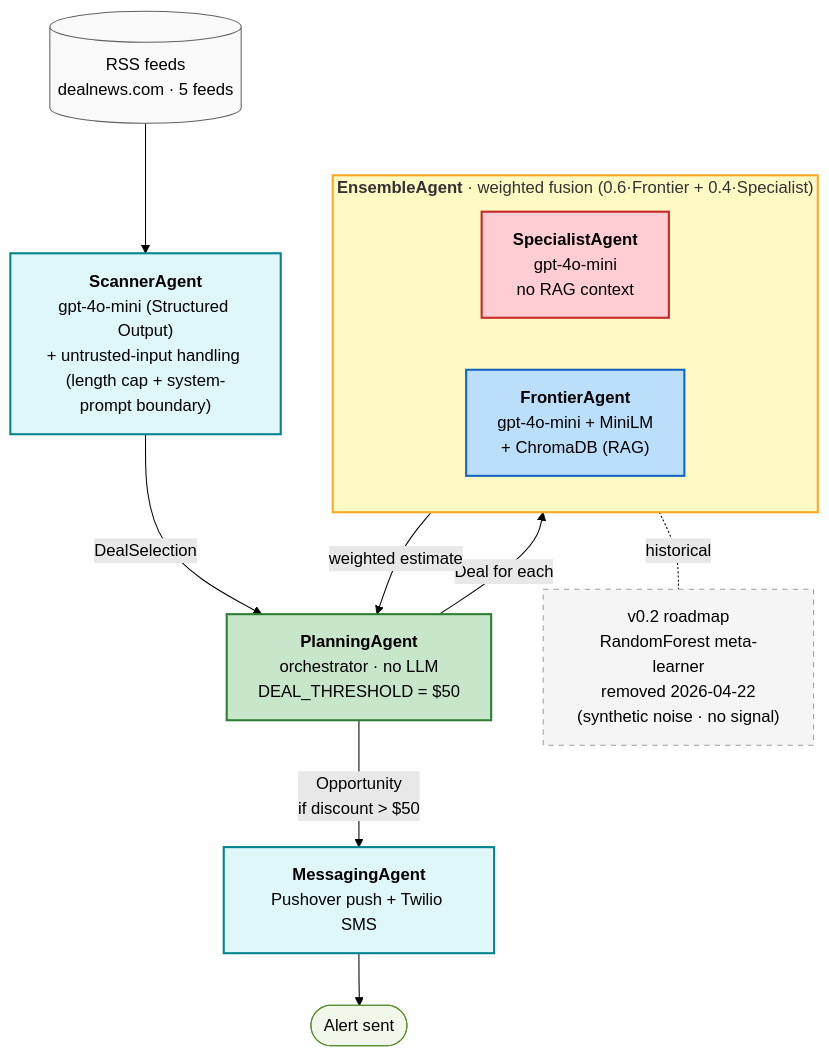
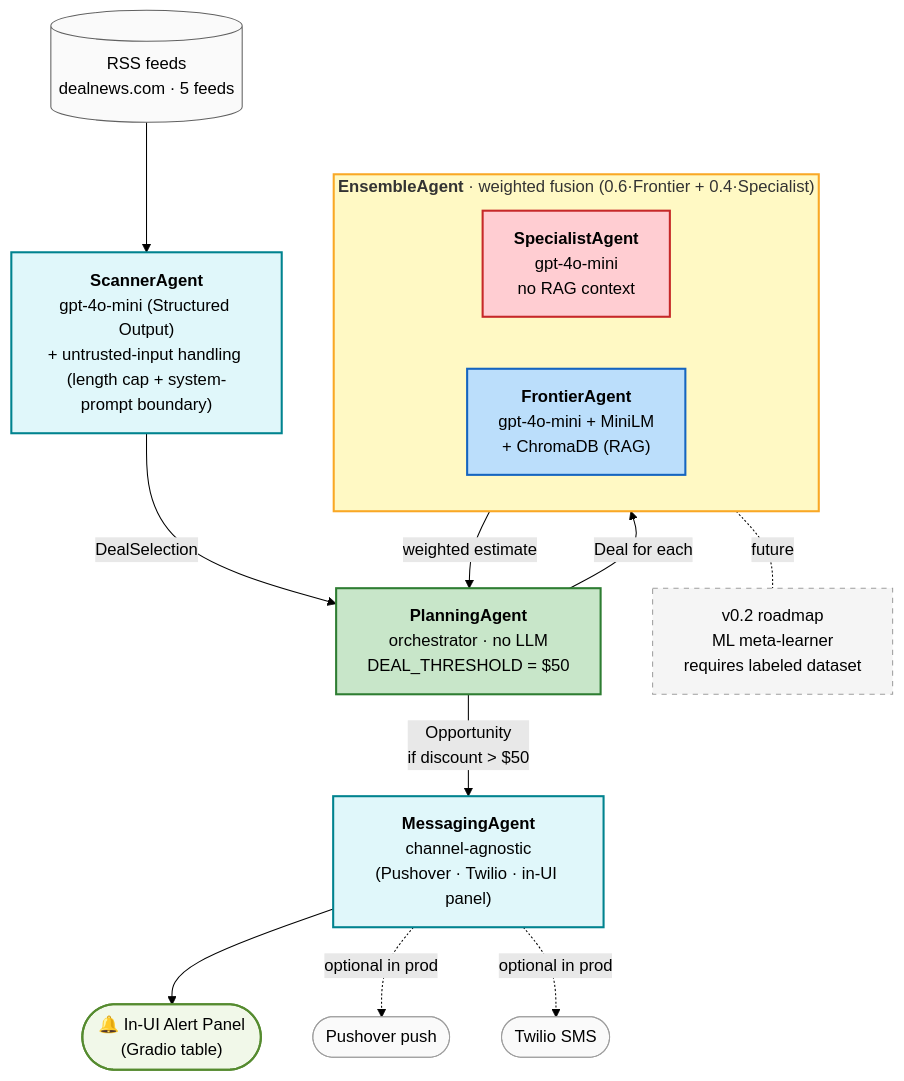
Before and after one commit to TatianaG-ka/Multimodal_Assistant: the diagram in README.md, drawn with Mermaid (forest theme). The commit also changed other lines of this file, not shown here.

````diff
--- a/README.md
+++ b/README.md
@@ -26,35 +33,41 @@
 ```mermaid
 flowchart TD
     RSS[("RSS feeds<br/>dealnews.com · 5 feeds")]
     Scanner["<b>ScannerAgent</b><br/>gpt-4o-mini (Structured Output)<br/>+ untrusted-input handling (length cap + system-prompt boundary)"]
     Planning["<b>PlanningAgent</b><br/>orchestrator · no LLM<br/>DEAL_THRESHOLD = $50"]
 
     subgraph Ensemble["<b>EnsembleAgent</b> · weighted fusion (0.6·Frontier + 0.4·Specialist)"]
         direction LR
         Specialist["<b>SpecialistAgent</b><br/>gpt-4o-mini<br/>no RAG context"]
         Frontier["<b>FrontierAgent</b><br/>gpt-4o-mini + MiniLM<br/>+ ChromaDB (RAG)"]
     end
 
-    Messaging["<b>MessagingAgent</b><br/>Pushover push + Twilio SMS"]
-    Alert(["Alert sent"])
+    Messaging["<b>MessagingAgent</b><br/>channel-agnostic<br/>(Pushover · Twilio · in-UI panel)"]
+    UIPanel(["🔔 In-UI Alert Panel<br/>(Gradio table)"])
+    Pushover(["Pushover push"])
+    Twilio(["Twilio SMS"])
 
     RSS --> Scanner
     Scanner -->|DealSelection| Planning
     Planning -->|Deal for each| Ensemble
     Ensemble -->|weighted estimate| Planning
     Planning -->|Opportunity<br/>if discount > $50| Messaging
-    Messaging --> Alert
+    Messaging --> UIPanel
+    Messaging -.optional in prod.-> Pushover
+    Messaging -.optional in prod.-> Twilio
 
-    RF["v0.2 roadmap<br/>RandomForest meta-learner<br/>removed 2026-04-22<br/>(synthetic noise · no signal)"]
-    Ensemble -.historical.- RF
+    RF["v0.2 roadmap<br/>ML meta-learner<br/>requires labeled dataset"]
+    Ensemble -.future.- RF
 
     style Scanner fill:#e0f7fa,stroke:#00838f,stroke-width:2px
     style Planning fill:#c8e6c9,stroke:#2e7d32,stroke-width:2px
     style Ensemble fill:#fff9c4,stroke:#f9a825,stroke-width:2px
     style Specialist fill:#ffcdd2,stroke:#c62828,stroke-width:2px
     style Frontier fill:#bbdefb,stroke:#1565c0,stroke-width:2px
     style Messaging fill:#e0f7fa,stroke:#00838f,stroke-width:2px
     style RSS fill:#fafafa,stroke:#616161
-    style Alert fill:#f1f8e9,stroke:#558b2f
+    style UIPanel fill:#f1f8e9,stroke:#558b2f,stroke-width:2px
+    style Pushover fill:#fafafa,stroke:#9e9e9e
+    style Twilio fill:#fafafa,stroke:#9e9e9e
     style RF fill:#f5f5f5,stroke:#9e9e9e,stroke-dasharray: 5 5
 ```
````
